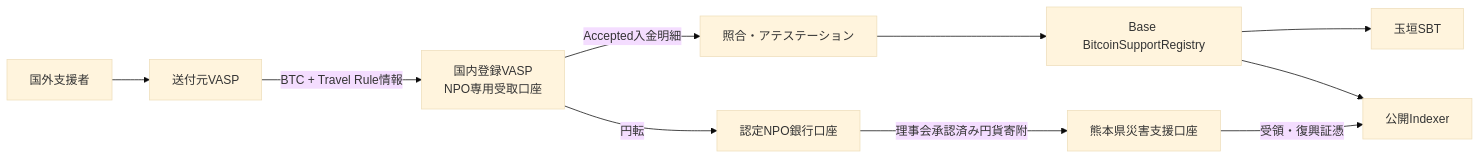
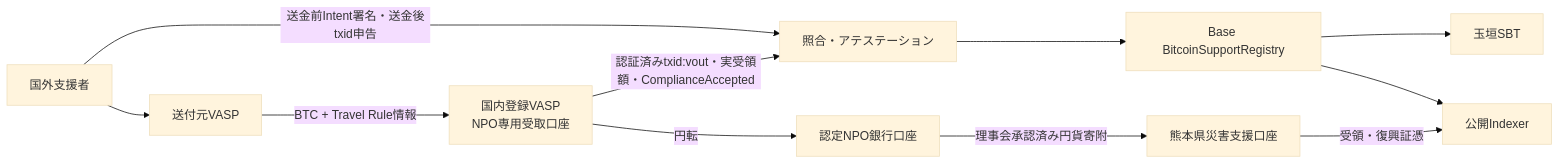
Before and after one commit to ShigeichiroYamasaki/yui-no-kaki-kumamoto: the fourth of 8 diagrams in docs/architecture.md, drawn with Mermaid (base theme). The commit also changed other lines of this file and 18 other files, not shown here.

````diff
--- a/docs/architecture.md
+++ b/docs/architecture.md
@@ -143,12 +143,13 @@
 ```mermaid
 flowchart LR
   U["国外支援者"] --> OV["送付元VASP"]
   OV -->|"BTC + Travel Rule情報"| JV["国内登録VASP<br/>NPO専用受取口座"]
-  JV -->|"Accepted入金明細"| AT["照合・アテステーション"]
+  U -->|"送金前Intent署名・送金後txid申告"| AT["照合・アテステーション"]
+  JV -->|"認証済みtxid:vout・実受領額・ComplianceAccepted"| AT
   AT --> REG["Base BitcoinSupportRegistry"]
   REG --> SBT["玉垣SBT"]
   JV -->|"円転"| NB["認定NPO銀行口座"]
   NB -->|"理事会承認済み円貨寄附"| K["熊本県災害支援口座"]
   REG --> IDX["公開Indexer"]
   K -->|"受領・復興証憑"| IDX
 ```
````
